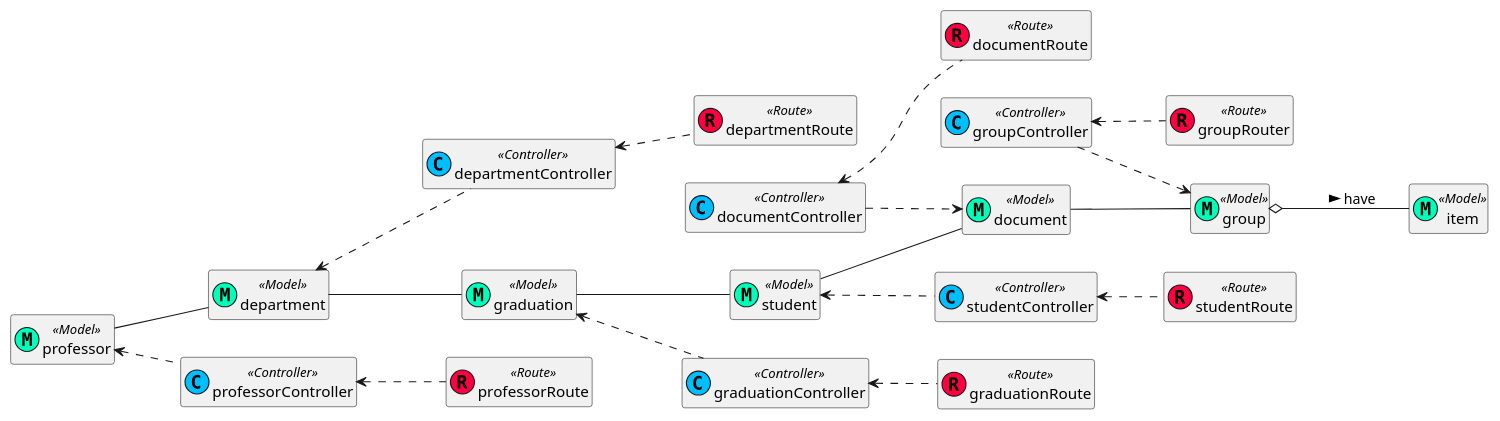
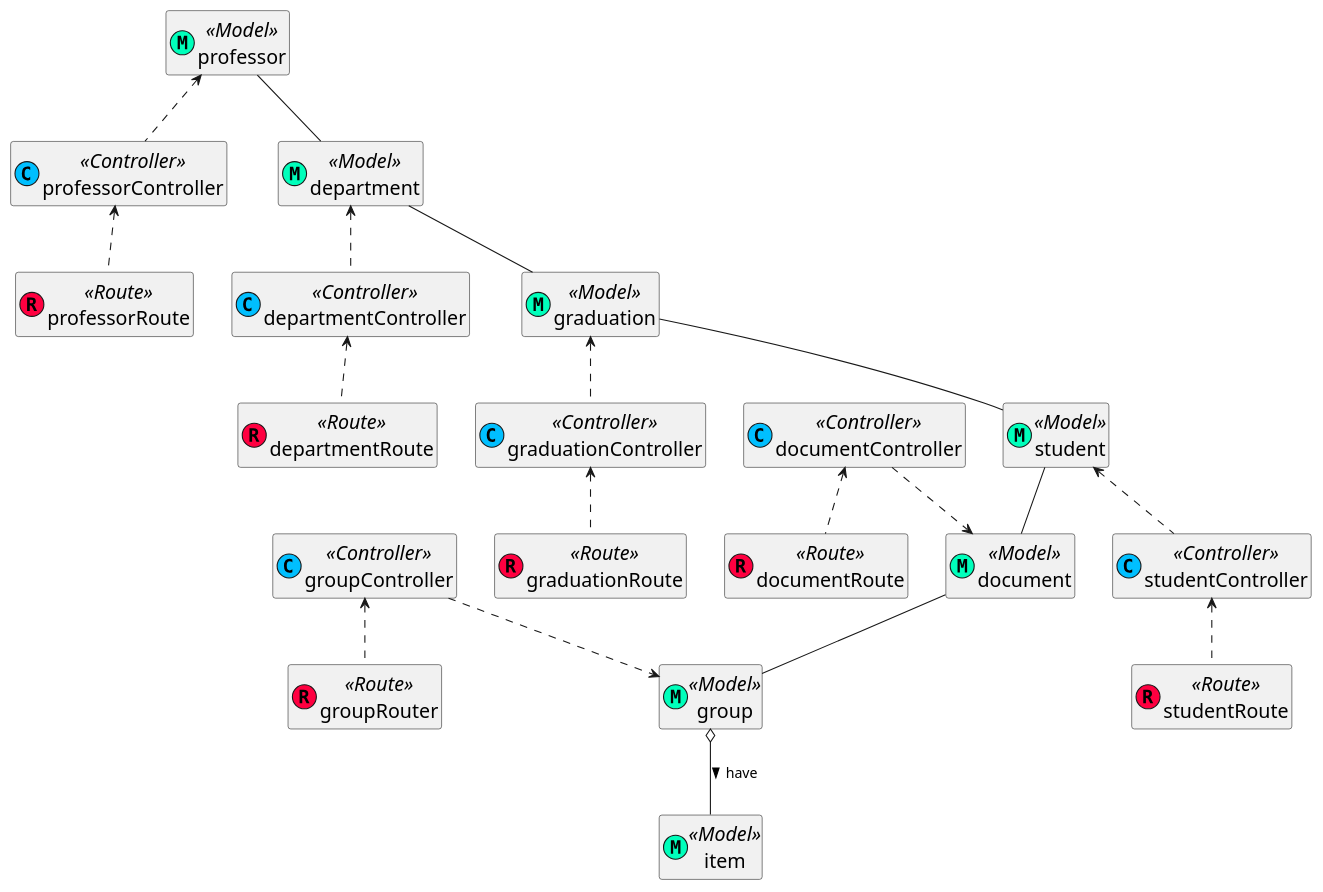
The diagram in design/classdiagram/CAdiagramclass.wsd (rodrigoRolim/AC-backend), drawn with PlantUML before and after one commit. The commit also changed 5 other files, not shown here.

```diff
--- a/design/classdiagram/CAdiagramclass.wsd
+++ b/design/classdiagram/CAdiagramclass.wsd
@@ -1,83 +1,84 @@
 @startuml
-left to right direction
+skinparam classFontSize 18
+skinparam ClassStereotypeFontSize 18
 hide members
 class document  <<(M, #00ffbb)Model>> {
 
 }
 class student <<(M, #00ffbb)Model>> { 
 
 }
 class professor <<(M, #00ffbb)Model>> {
 
 }
 class group <<(M, #00ffbb)Model>> {
 
 }
 class item <<(M, #00ffbb)Model>> {
 
 }
 class documentController <<(C, #00bfff)Controller>> {
 
 }
 class studentController <<(C, #00bfff)Controller>> {
 
 }
 class professorController <<(C, #00bfff)Controller>> {
 
 }
 class professorRoute <<(R, #ff0040)Route>> {
 
 }
 class studentRoute <<(R, #ff0040)Route>> {
 
 }
 class documentRoute  <<(R, #ff0040)Route>> {
 
 }
 class groupController <<(C, #00bfff) Controller>> {
 
 }
 class groupRouter <<(R, #ff0040)Route>> {
 
 }
 class department <<(M, #00ffbb)Model>> {
 
 }
 class departmentController <<(C, #00bfff) Controller>> {
 
 }
 class departmentRoute <<(R, #ff0040)Route>> {
 
 }
 class graduation <<(M, #00ffbb)Model>> {
 
 }
 class graduationController <<(C, #00bfff) Controller>> {
 
 }
 class graduationRoute <<(R, #ff0040)Route>> {
 
 }
 
 document --  group
 student -- document
 professor -- department
 graduation -- student
 department -- graduation
 group o-- item: have >
 
 documentController ..> document
 student <.. studentController
 professor <.. professorController
 graduation <.. graduationController
 department <.. departmentController
 
 documentController <.. documentRoute
 studentController <.. studentRoute
 professorController <.. professorRoute
 groupController ..> group
 groupController <.. groupRouter
 departmentController <.. departmentRoute
 graduationController <.. graduationRoute
 
 @enduml
```
